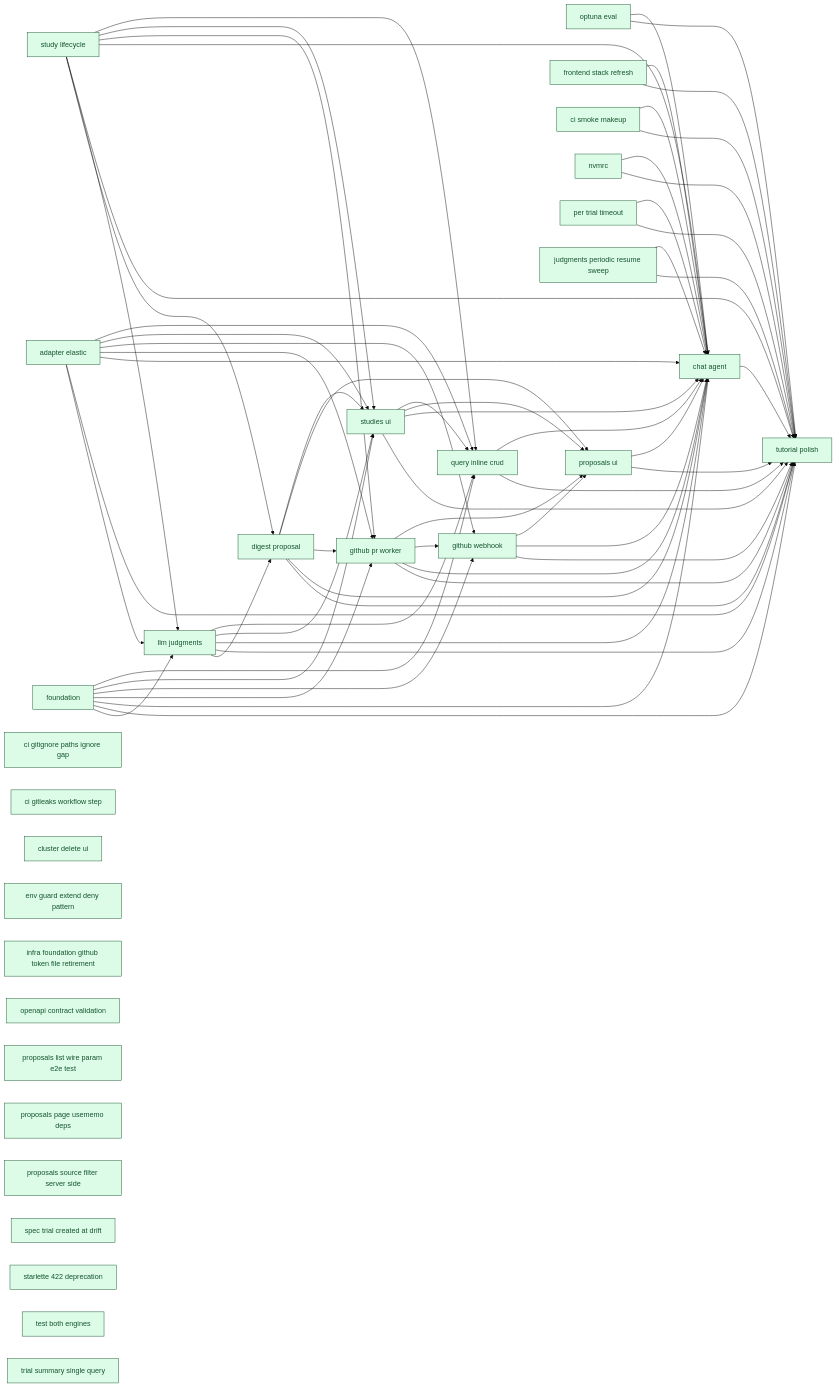
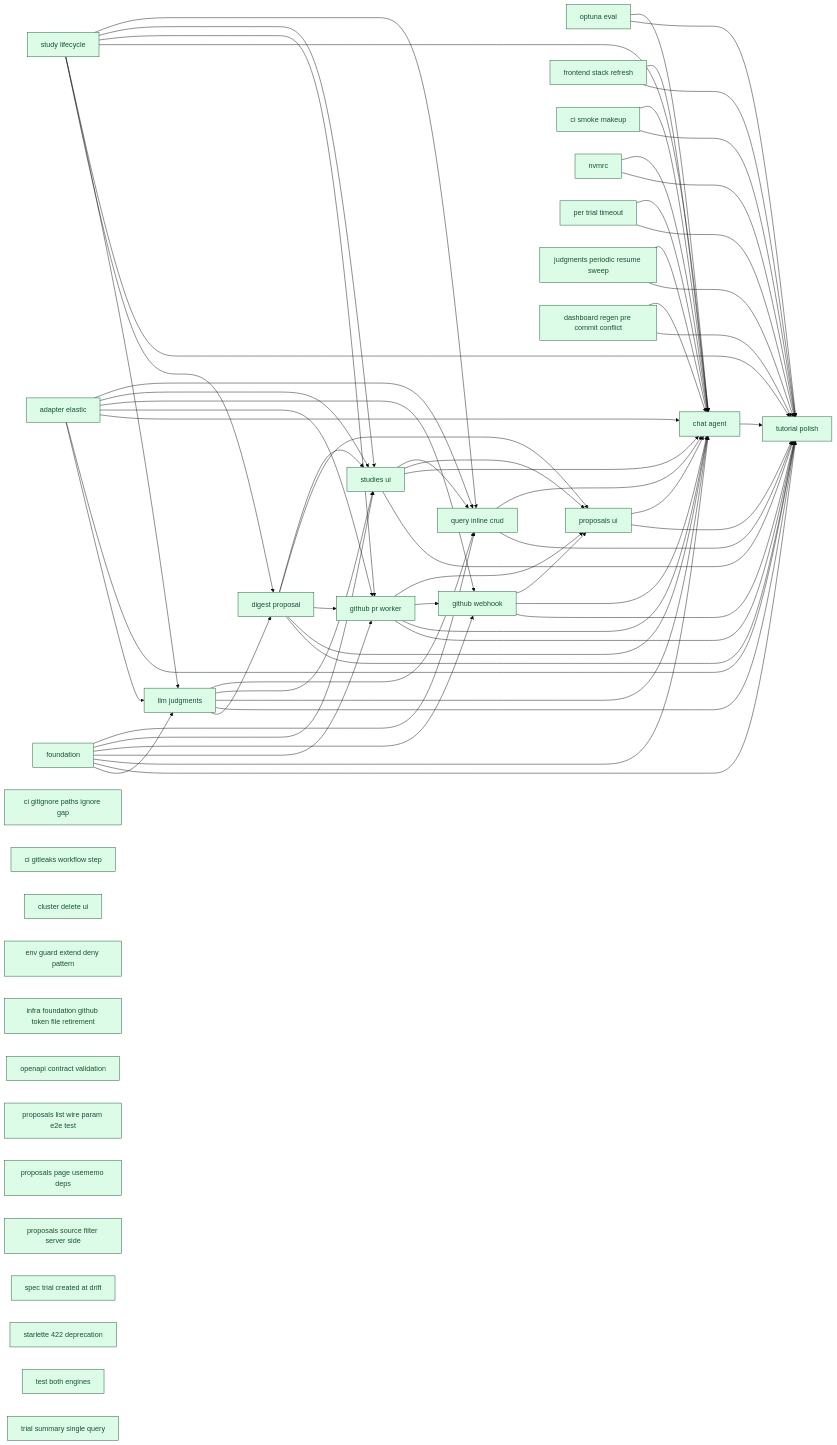
Before and after one commit to SoundMindsAI/relyloop: the diagram in docs/00_overview/MVP1_DASHBOARD.md, drawn with Mermaid (base theme). The commit also changed other lines of this file and 3 other files, not shown here.

First line of the commit message:
docs: finalize infra_dashboard_regen_pre_commit_conflict §2+§4 (#109)

```diff
--- a/docs/00_overview/MVP1_DASHBOARD.md
+++ b/docs/00_overview/MVP1_DASHBOARD.md
@@ -163,6 +163,8 @@
   class feat_judgments_periodic_resume_sweep done;
   feat_query_inline_crud["query inline crud"]
   class feat_query_inline_crud done;
+  infra_dashboard_regen_pre_commit_conflict["dashboard regen pre commit conflict"]
+  class infra_dashboard_regen_pre_commit_conflict done;
   feat_study_lifecycle --> feat_digest_proposal
   feat_llm_judgments --> feat_digest_proposal
   infra_foundation --> feat_llm_judgments
@@ -180,6 +182,7 @@
   feat_study_lifecycle --> chore_tutorial_polish
   infra_adapter_elastic --> chore_tutorial_polish
   infra_ci_smoke_makeup --> chore_tutorial_polish
+  infra_dashboard_regen_pre_commit_conflict --> chore_tutorial_polish
   infra_foundation --> chore_tutorial_polish
   infra_frontend_stack_refresh --> chore_tutorial_polish
   infra_nvmrc --> chore_tutorial_polish
@@ -196,6 +199,7 @@
   feat_study_lifecycle --> feat_chat_agent
   infra_adapter_elastic --> feat_chat_agent
   infra_ci_smoke_makeup --> feat_chat_agent
+  infra_dashboard_regen_pre_commit_conflict --> feat_chat_agent
   infra_foundation --> feat_chat_agent
   infra_frontend_stack_refresh --> feat_chat_agent
   infra_nvmrc --> feat_chat_agent
```
